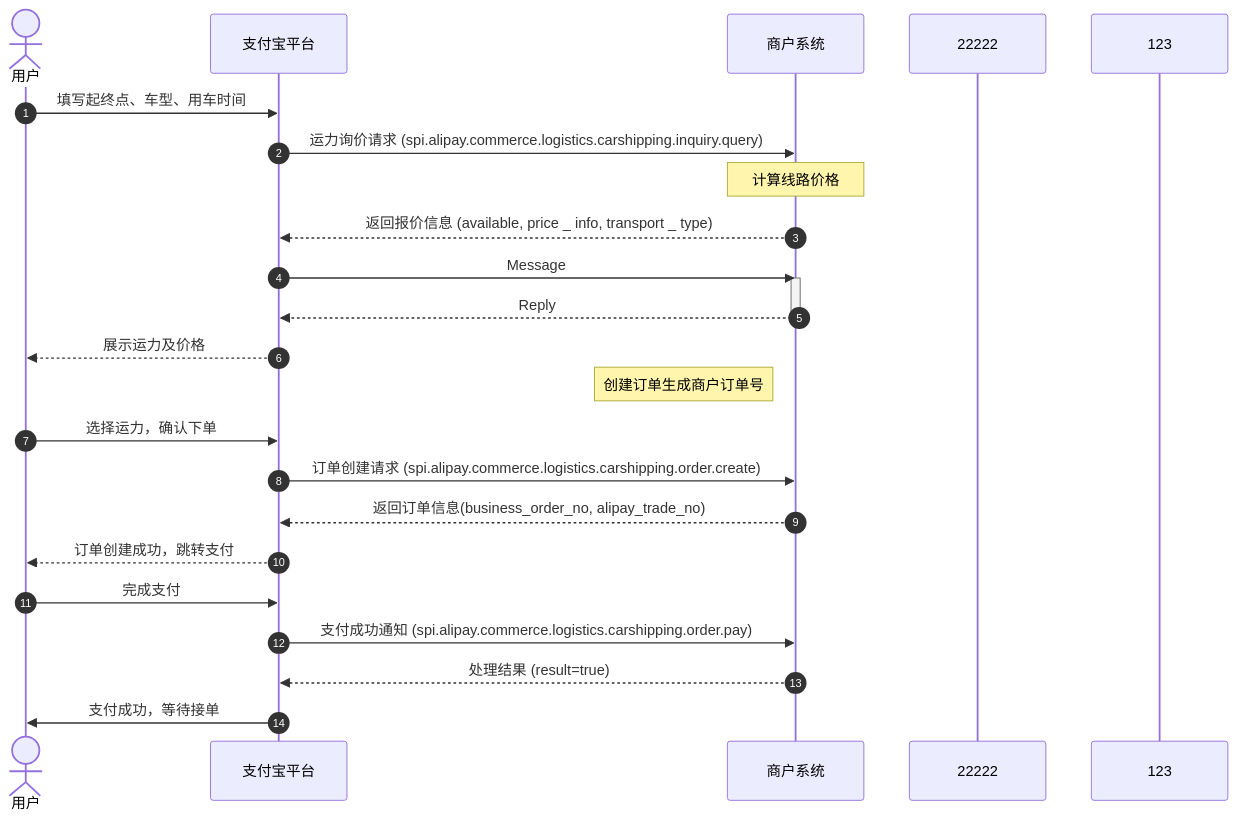
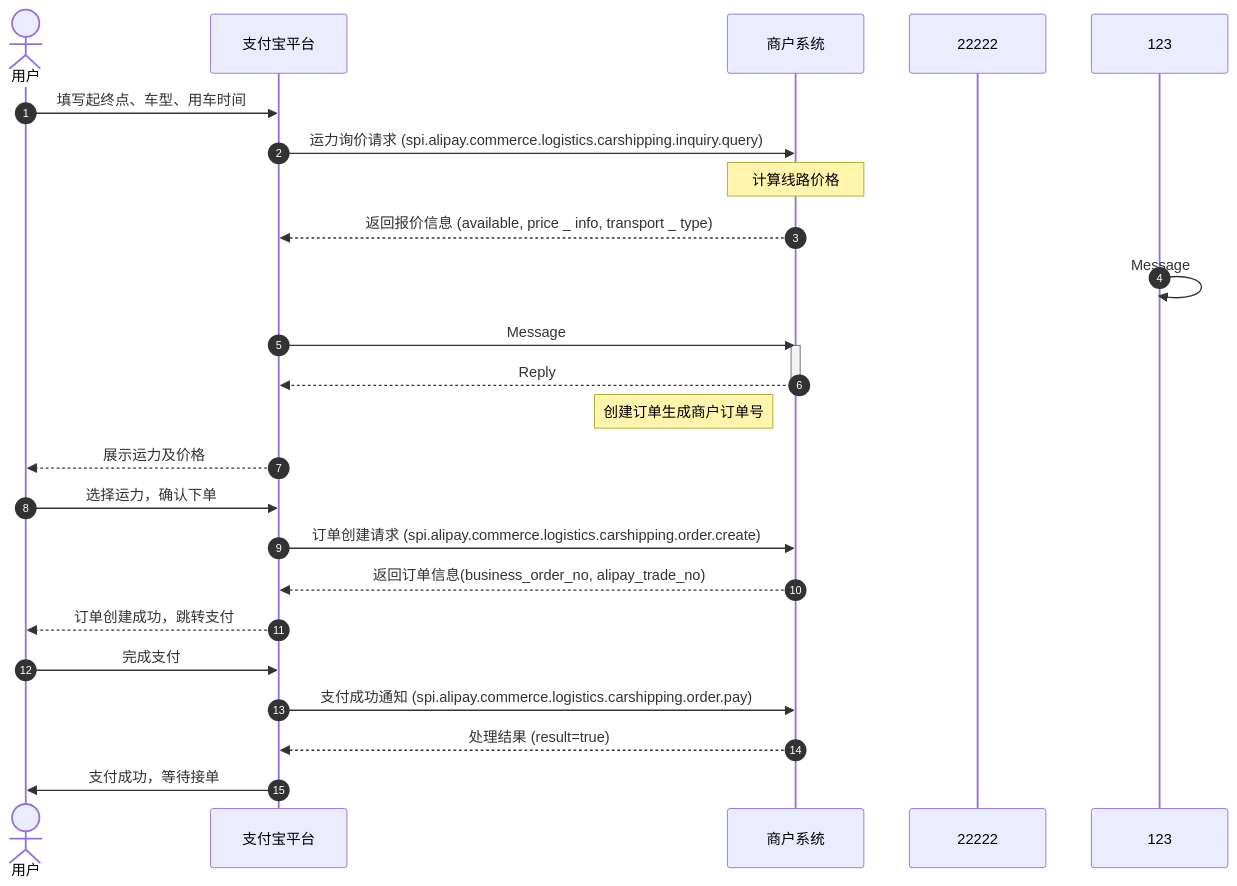
One commit to pingpm/mermaid_vault changed the diagram in notes/test_dba1b258-be6a-414c-9967-aedbcccfa44f.md. Above: the diagram before and after it, drawn with Mermaid. The commit also changed 2 other files, not shown here.

Commit message:
Sync Mermaid Studio data (8 diagrams)

````diff
--- a/notes/test_dba1b258-be6a-414c-9967-aedbcccfa44f.md
+++ b/notes/test_dba1b258-be6a-414c-9967-aedbcccfa44f.md
@@ -3,28 +3,29 @@
 ```mermaid
 sequenceDiagram
   autonumber
   actor p0 as 用户
   participant p1 as 支付宝平台
   participant p2 as 商户系统
   participant p3 as 22222
   participant p4 as 123
   p0->>p1: 填写起终点、⻋型、⽤⻋时间
   p1->>p2: 运⼒询价请求 (spi.alipay.commerce.logistics.carshipping.inquiry.query)
   Note over p2: 计算线路价格
   p2-->>p1: 返回报价信息 (available, price _ info, transport _ type)
+  p4->>p4: Message
   p1->>p2: Message
   activate p2
   p2-->>p1: Reply
   deactivate p2
+  Note left of p2: 创建订单⽣成商户订单号
   p1-->>p0: 展示运⼒及价格
-  Note left of p2: 创建订单⽣成商户订单号
   p0->>p1: 选择运⼒，确认下单
   p1->>p2: 订单创建请求 (spi.alipay.commerce.logistics.carshipping.order.create)
   p2-->>p1: 返回订单信息(business_order_no, alipay_trade_no)
   p1-->>p0: 订单创建成功，跳转⽀付
   p0->>p1: 完成⽀付
   p1->>p2: ⽀付成功通知 (spi.alipay.commerce.logistics.carshipping.order.pay)
   p2-->>p1: 处理结果 (result=true)
   p1->>p0: ⽀付成功，等待接单
 
 ```
````
